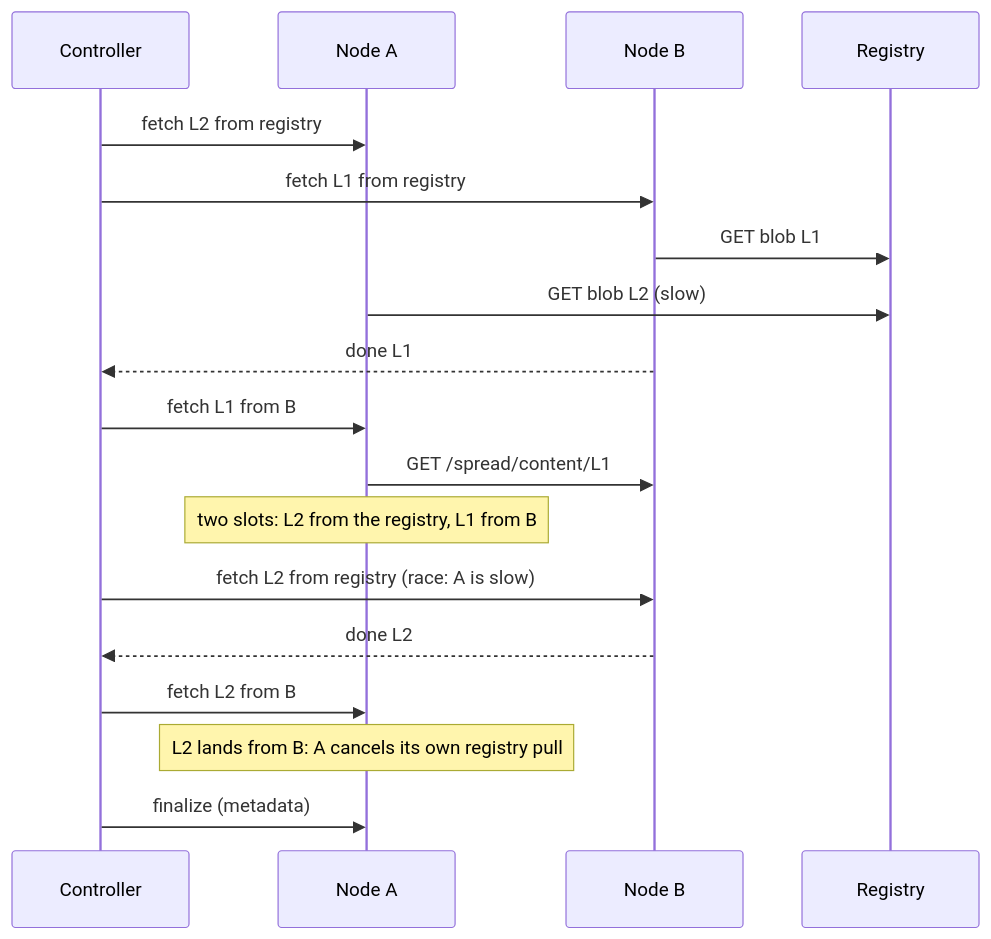
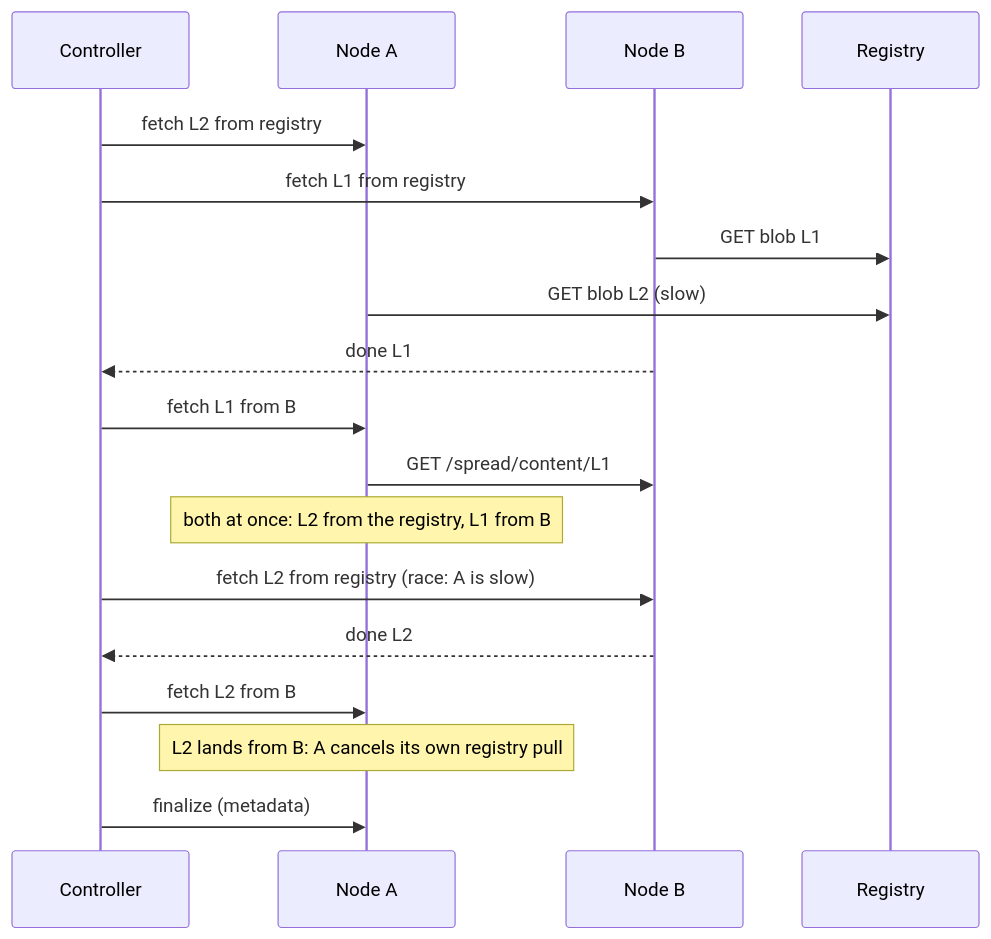
The diagram in docs/propagation.md (hatam-abolghasemi/Angry-Duck), drawn with Mermaid before and after one commit. The commit also changed other lines of this file and 3 other files, not shown here.

````diff
--- a/docs/propagation.md
+++ b/docs/propagation.md
@@ -46,21 +52,21 @@
 ```mermaid
 sequenceDiagram
     participant C as Controller
     participant A as Node A
     participant B as Node B
     participant R as Registry
 
     C->>A: fetch L2 from registry
     C->>B: fetch L1 from registry
     B->>R: GET blob L1
     A->>R: GET blob L2 (slow)
     B-->>C: done L1
     C->>A: fetch L1 from B
     A->>B: GET /spread/content/L1
-    Note over A: two slots: L2 from the registry, L1 from B
+    Note over A: both at once: L2 from the registry, L1 from B
     C->>B: fetch L2 from registry (race: A is slow)
     B-->>C: done L2
     C->>A: fetch L2 from B
     Note over A: L2 lands from B: A cancels its own registry pull
     C->>A: finalize (metadata)
 ```
````
